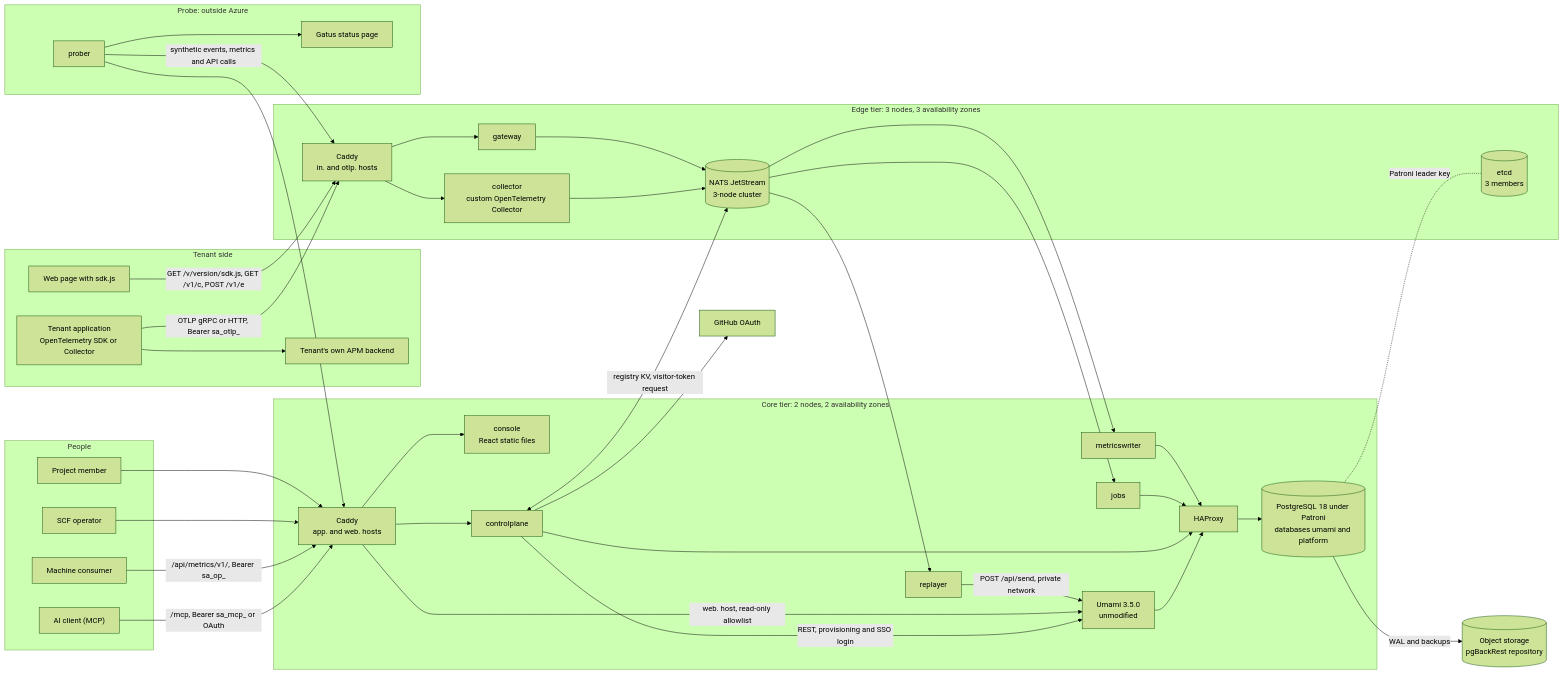
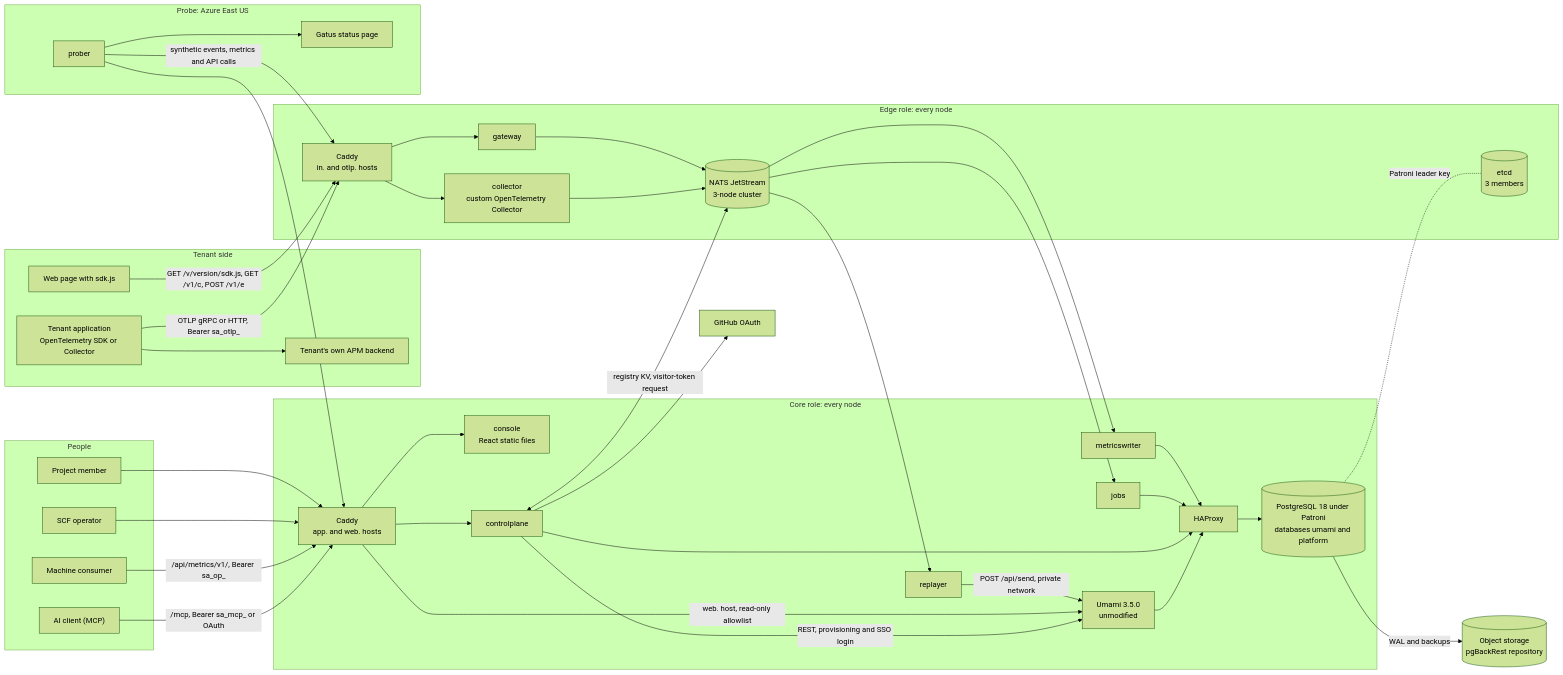
Before and after one commit to justmert/veristar: the first of 5 diagrams in docs/architecture.md, drawn with Mermaid (forest theme). The commit also changed other lines of this file and 1 other file, not shown here.

Commit message:
describe production, the probe and image signing in the readme and architecture

````diff
--- a/docs/architecture.md
+++ b/docs/architecture.md
@@ -15,73 +15,73 @@
 ```mermaid
 flowchart LR
   subgraph tenant["Tenant side"]
     page["Web page with sdk.js"]
     app["Tenant application<br/>OpenTelemetry SDK or Collector"]
     apm["Tenant's own APM backend"]
   end
   subgraph users["People"]
     member["Project member"]
     op["SCF operator"]
     machine["Machine consumer"]
     ai["AI client (MCP)"]
   end
 
-  subgraph edge["Edge tier: 3 nodes, 3 availability zones"]
+  subgraph edge["Edge role: every node"]
     ecaddy["Caddy<br/>in. and otlp. hosts"]
     gw["gateway"]
     col["collector<br/>custom OpenTelemetry Collector"]
     nats[("NATS JetStream<br/>3-node cluster")]
     etcd[("etcd<br/>3 members")]
   end
 
-  subgraph core["Core tier: 2 nodes, 2 availability zones"]
+  subgraph core["Core role: every node"]
     ccaddy["Caddy<br/>app. and web. hosts"]
     console["console<br/>React static files"]
     cp["controlplane"]
     umami["Umami 3.5.0<br/>unmodified"]
     rep["replayer"]
     mw["metricswriter"]
     jobs["jobs"]
     hap["HAProxy"]
     pg[("PostgreSQL 18 under Patroni<br/>databases umami and platform")]
   end
 
   backup[("Object storage<br/>pgBackRest repository")]
-  subgraph probe["Probe: outside Azure"]
+  subgraph probe["Probe: Azure East US"]
     prober["prober"]
     gatus["Gatus status page"]
   end
   github["GitHub OAuth"]
 
   page -- "GET /v/version/sdk.js, GET /v1/c, POST /v1/e" --> ecaddy
   app -- "OTLP gRPC or HTTP, Bearer sa_otlp_" --> ecaddy
   app --> apm
   ecaddy --> gw
   ecaddy --> col
   gw --> nats
   col --> nats
   nats --> rep
   nats --> mw
   nats --> jobs
   rep -- "POST /api/send, private network" --> umami
   mw --> hap
   jobs --> hap
   cp --> hap
   umami --> hap
   hap --> pg
   pg -. "Patroni leader key" .- etcd
   pg -- "WAL and backups" --> backup
   member --> ccaddy
   op --> ccaddy
   machine -- "/api/metrics/v1/, Bearer sa_op_" --> ccaddy
   ai -- "/mcp, Bearer sa_mcp_ or OAuth" --> ccaddy
   ccaddy --> console
   ccaddy --> cp
   ccaddy -- "web. host, read-only allowlist" --> umami
   cp -- "REST, provisioning and SSO login" --> umami
   cp <-- "registry KV, visitor-token request" --> nats
   cp --> github
   prober -- "synthetic events, metrics and API calls" --> ecaddy
   prober --> ccaddy
   prober --> gatus
 ```
````
